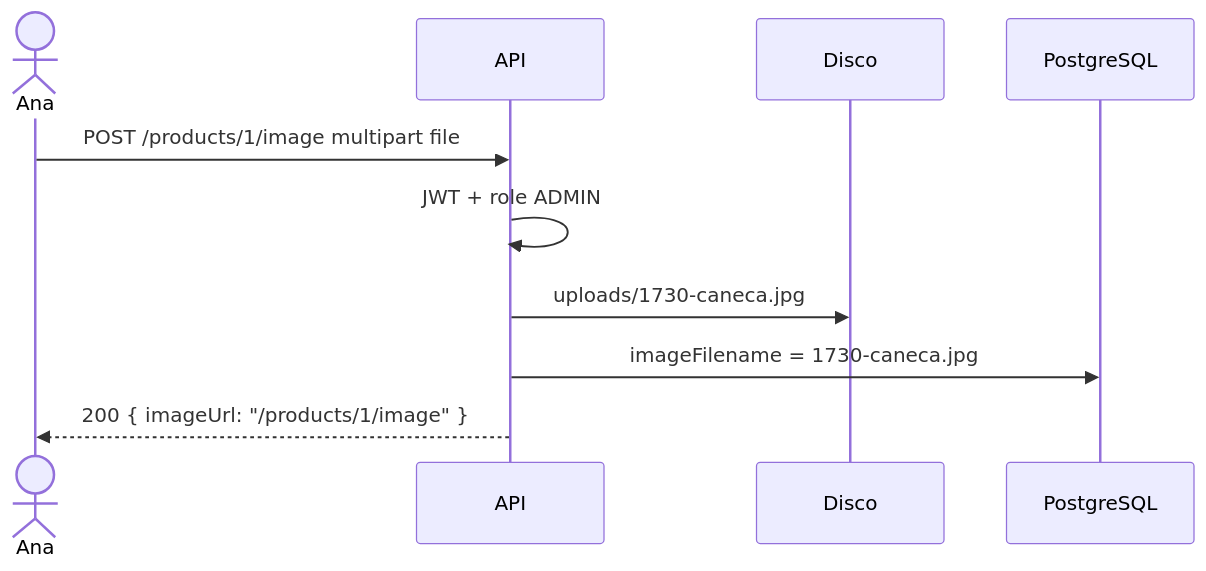
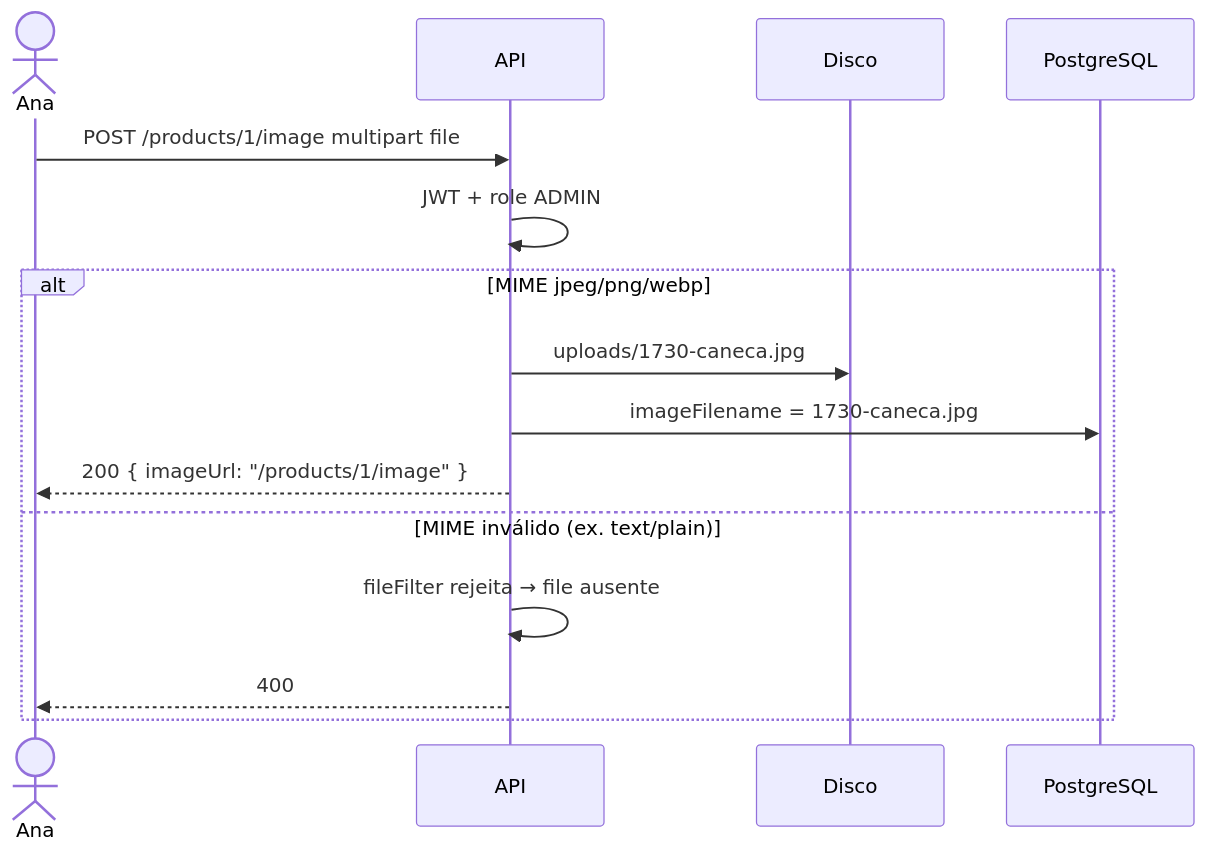
The first of 2 diagrams in backend/nest/9.upload_arquivos.md (josinoif/web2_ads), drawn with Mermaid before and after one commit. The commit also changed other lines of this file and 18 other files, not shown here.

Commit message:
enhance NestJS documentation with additional mermaid diagrams for better visualization of concepts, including controllers, services, authentication, and data flow, improving clarity and understanding for developers

````diff
--- a/backend/nest/9.upload_arquivos.md
+++ b/backend/nest/9.upload_arquivos.md
@@ -26,13 +26,18 @@
 ```mermaid
 sequenceDiagram
     actor Ana
     participant API
     participant Disco
     participant PG as PostgreSQL
 
     Ana->>API: POST /products/1/image multipart file
     API->>API: JWT + role ADMIN
-    API->>Disco: uploads/1730-caneca.jpg
-    API->>PG: imageFilename = 1730-caneca.jpg
-    API-->>Ana: 200 { imageUrl: "/products/1/image" }
+    alt MIME jpeg/png/webp
+        API->>Disco: uploads/1730-caneca.jpg
+        API->>PG: imageFilename = 1730-caneca.jpg
+        API-->>Ana: 200 { imageUrl: "/products/1/image" }
+    else MIME inválido (ex. text/plain)
+        API->>API: fileFilter rejeita → file ausente
+        API-->>Ana: 400
+    end
 ```
````
